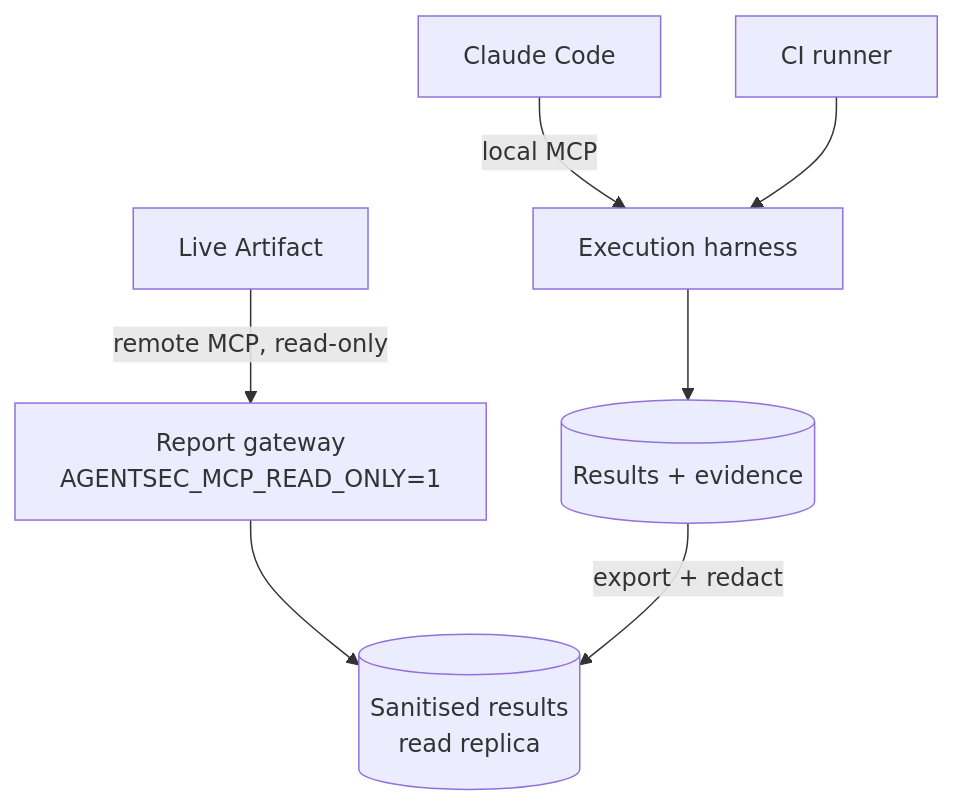
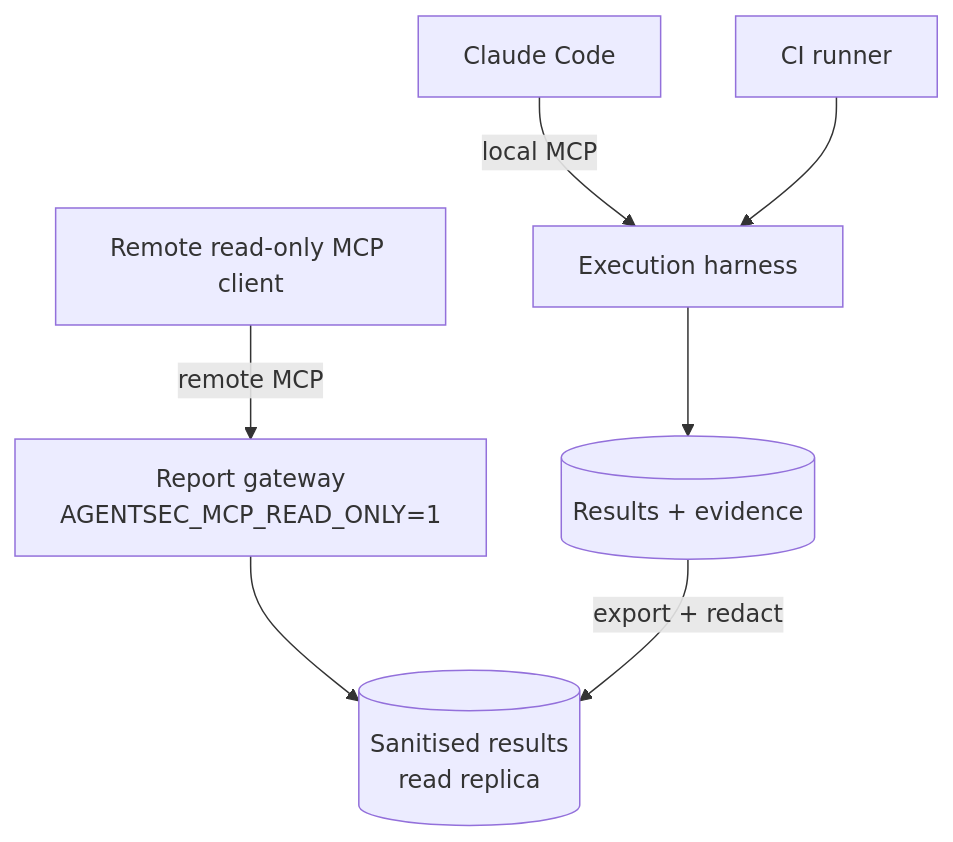
The third of 3 diagrams in docs/deployment.md (trionnemesis/AgentSec), drawn with Mermaid before and after one commit. The commit also changed other lines of this file and 14 other files, not shown here.

````diff
--- a/docs/deployment.md
+++ b/docs/deployment.md
@@ -169,9 +169,9 @@
 ```mermaid
 flowchart TD
-    LA["Live Artifact"] -->|remote MCP, read-only| RG["Report gateway<br/>AGENTSEC_MCP_READ_ONLY=1"]
+    RC["Remote read-only MCP client"] -->|remote MCP| RG["Report gateway<br/>AGENTSEC_MCP_READ_ONLY=1"]
     RG --> RO[("Sanitised results<br/>read replica")]
     CC["Claude Code"] -->|local MCP| EX["Execution harness"]
     EX --> DB[("Results + evidence")]
     DB -->|export + redact| RO
     CI["CI runner"] --> EX
 ```
````
